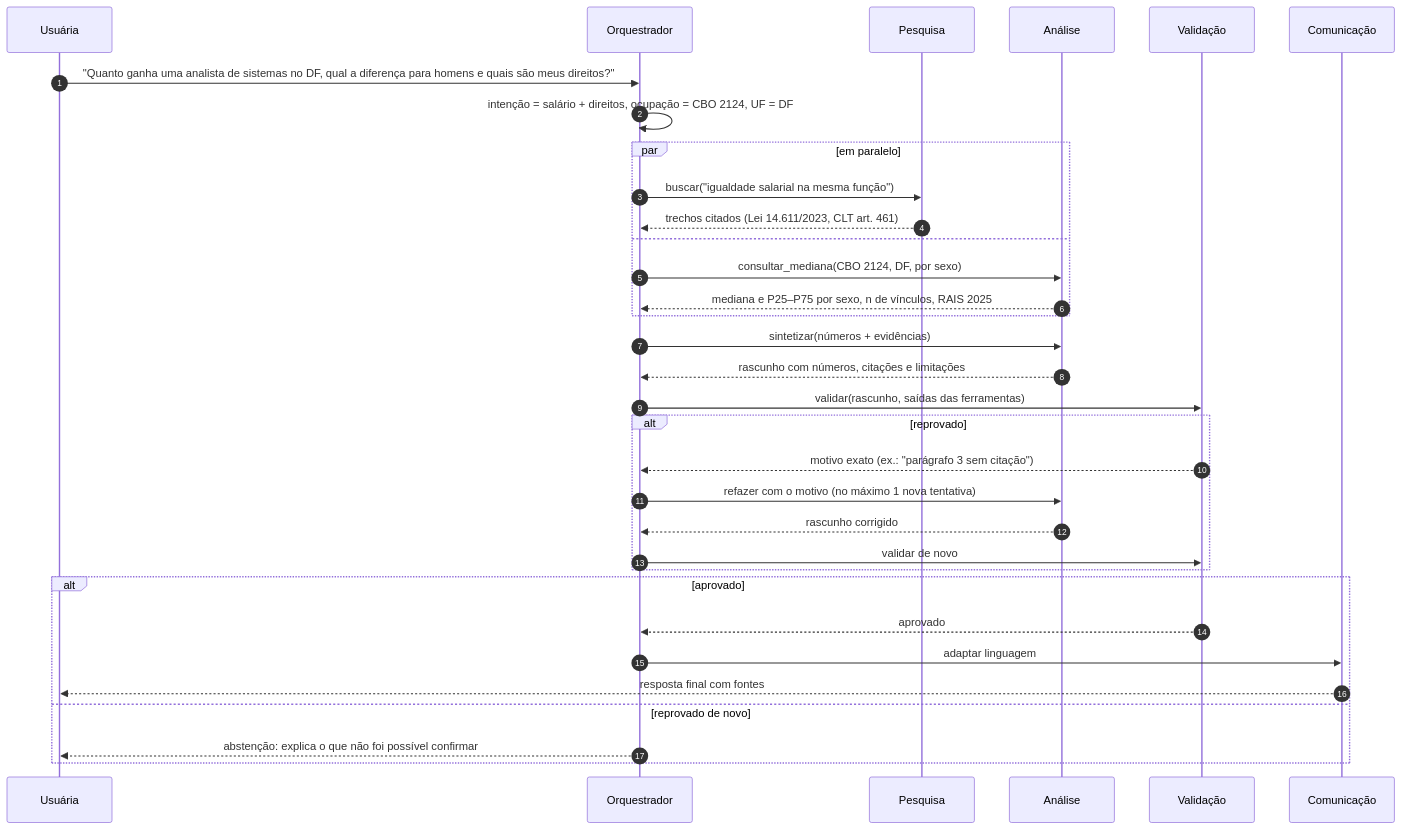
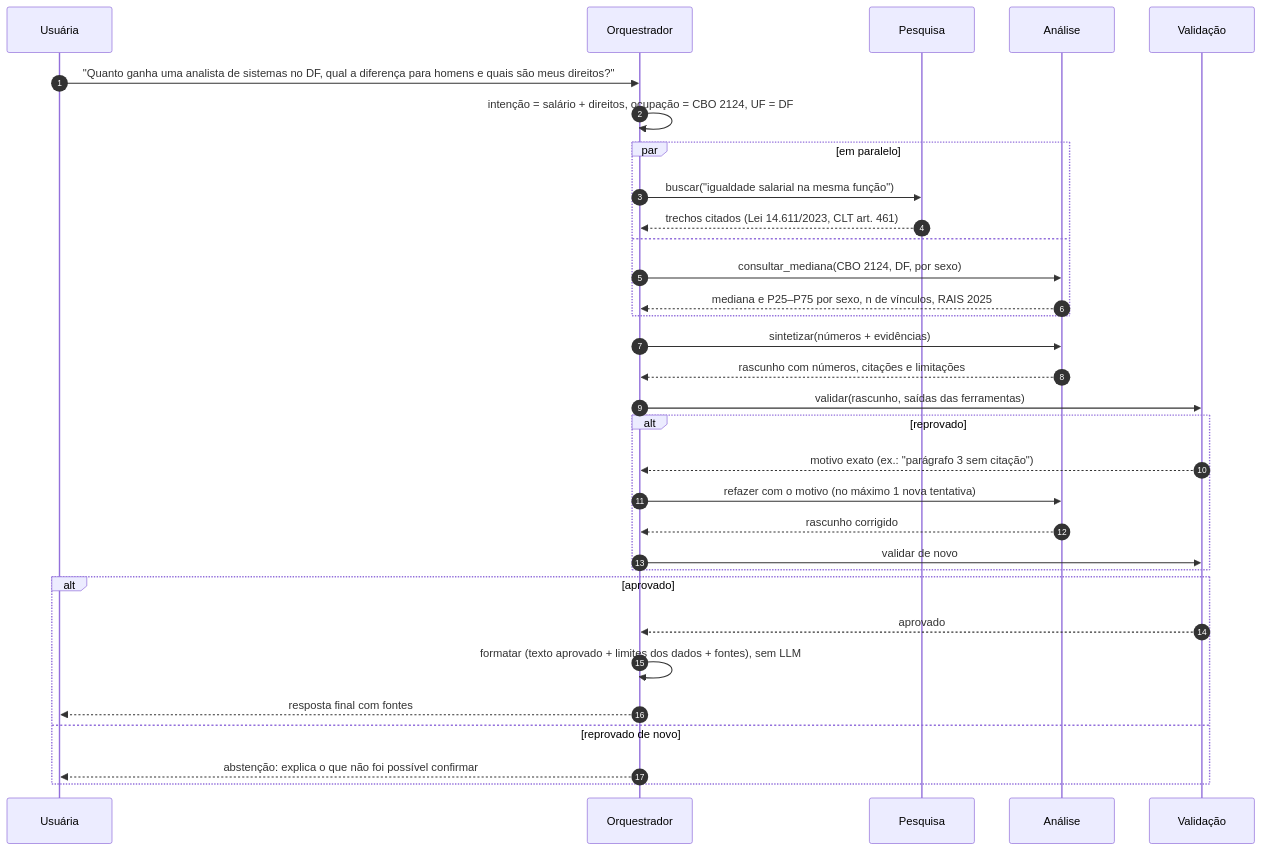
The second of 2 diagrams in docs/multiagentes.md (ArtemisHubApp/artemishub_agents), drawn with Mermaid before and after one commit. The commit also changed other lines of this file, not shown here.

Commit message:
docs: multiagentes sem o agente de Comunicação, com demo e Langfuse

````diff
--- a/docs/multiagentes.md
+++ b/docs/multiagentes.md
@@ -94,36 +92,35 @@
 ```mermaid
 sequenceDiagram
     autonumber
     participant U as Usuária
     participant O as Orquestrador
     participant P as Pesquisa
     participant A as Análise
     participant V as Validação
-    participant C as Comunicação
 
     U->>O: "Quanto ganha uma analista de sistemas no DF, qual a diferença para homens e quais são meus direitos?"
     O->>O: intenção = salário + direitos, ocupação = CBO 2124, UF = DF
     par em paralelo
         O->>P: buscar("igualdade salarial na mesma função")
         P-->>O: trechos citados (Lei 14.611/2023, CLT art. 461)
     and
         O->>A: consultar_mediana(CBO 2124, DF, por sexo)
         A-->>O: mediana e P25–P75 por sexo, n de vínculos, RAIS 2025
     end
     O->>A: sintetizar(números + evidências)
     A-->>O: rascunho com números, citações e limitações
     O->>V: validar(rascunho, saídas das ferramentas)
     alt reprovado
         V-->>O: motivo exato (ex.: "parágrafo 3 sem citação")
         O->>A: refazer com o motivo (no máximo 1 nova tentativa)
         A-->>O: rascunho corrigido
         O->>V: validar de novo
     end
     alt aprovado
         V-->>O: aprovado
-        O->>C: adaptar linguagem
-        C-->>U: resposta final com fontes
+        O->>O: formatar (texto aprovado + limites dos dados + fontes), sem LLM
+        O-->>U: resposta final com fontes
     else reprovado de novo
         O-->>U: abstenção: explica o que não foi possível confirmar
     end
 ```
````
